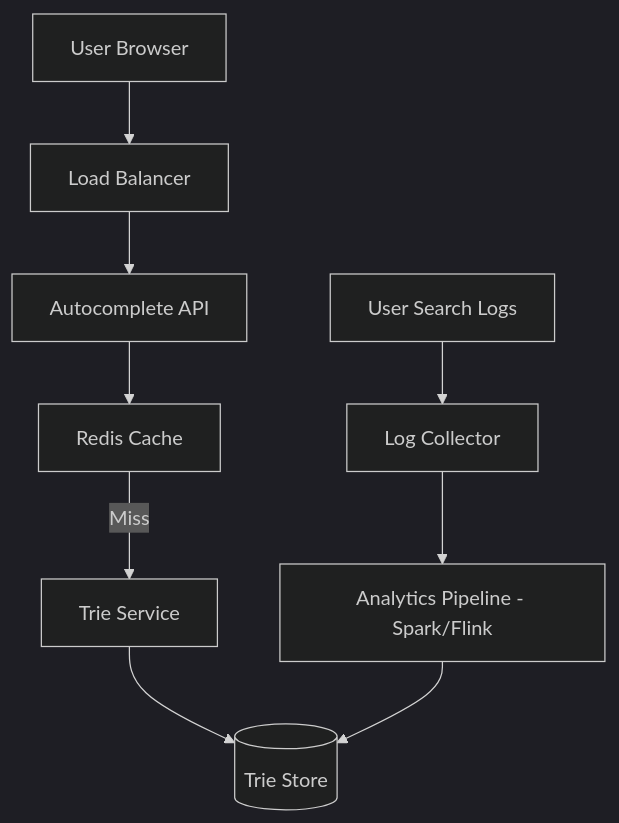
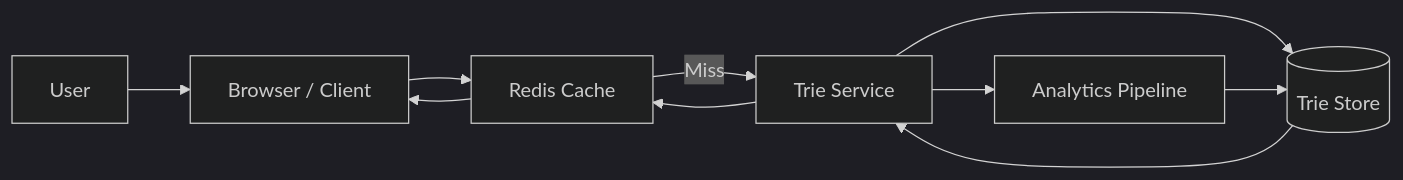
Before and after one commit to nahezsakharkar/interview-prep: the diagram in 06-system-design/case-study-autocomplete.md, drawn with Mermaid (dark theme). The commit also changed other lines of this file and 3 other files, not shown here.

````diff
--- a/06-system-design/case-study-autocomplete.md
+++ b/06-system-design/case-study-autocomplete.md
@@ -26,12 +43,12 @@
 ```mermaid
-flowchart TD
-    User[User Browser] --> LB[Load Balancer]
-    LB --> API[Autocomplete API]
-    API --> Cache[Redis Cache]
-    Cache -- Miss --> TrieSrv[Trie Service]
-    TrieSrv --> TrieDB[(Trie Store)]
-    
-    Log[User Search Logs] --> Collector[Log Collector]
-    Collector --> Analyzer[Analytics Pipeline - Spark/Flink]
-    Analyzer --> TrieDB
+flowchart LR
+    User --> Browser[Browser / Client]
+    Browser --> Cache[Redis Cache]
+    Cache -- "Miss" --> TrieSvc[Trie Service]
+    TrieSvc --> TrieDB[(Trie Store)]
+    TrieDB --> TrieSvc
+    TrieSvc --> Cache
+    Cache --> Browser
+    TrieSvc --> Analytics[Analytics Pipeline]
+    Analytics --> TrieDB
 ```
````
